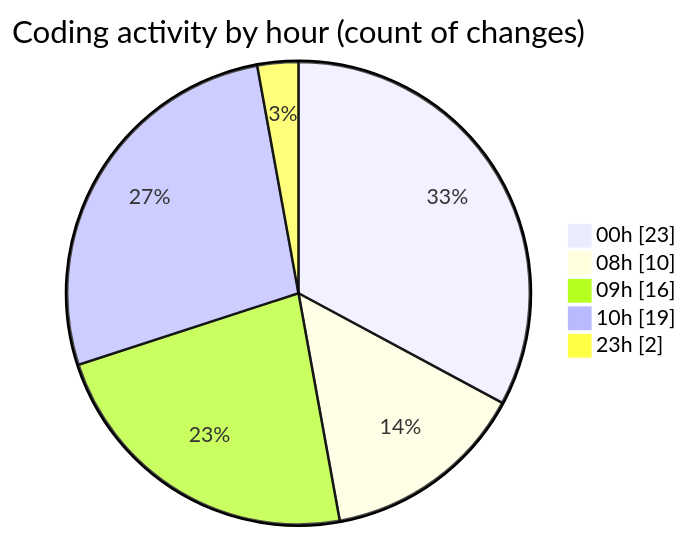
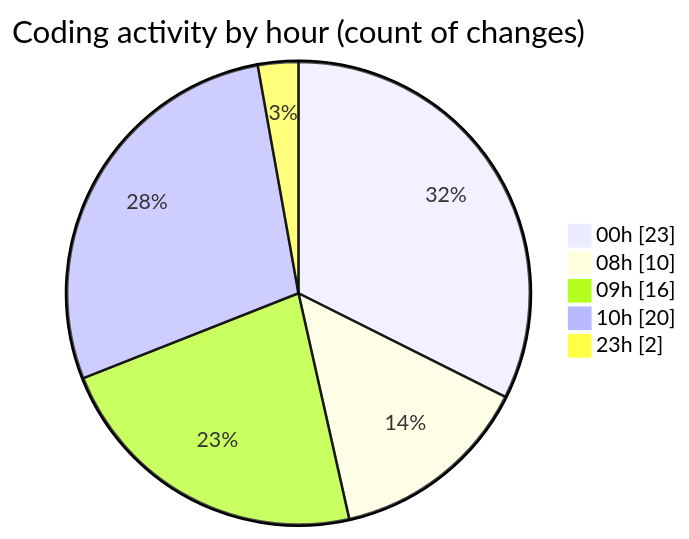
One commit to Elitesun/code-tracking changed the second of 2 diagrams in 2025-05-29/advertise/README.md. Above: the diagram before and after it, drawn with Mermaid. The commit also changed other lines of this file and 1 other file, not shown here.

````diff
--- a/2025-05-29/advertise/README.md
+++ b/2025-05-29/advertise/README.md
@@ -37,9 +37,9 @@
 ```mermaid
 pie showData
 title Coding activity by hour (count of changes)
 "00h" : 23
 "08h" : 10
 "09h" : 16
-"10h" : 19
+"10h" : 20
 "23h" : 2
 ```
````
